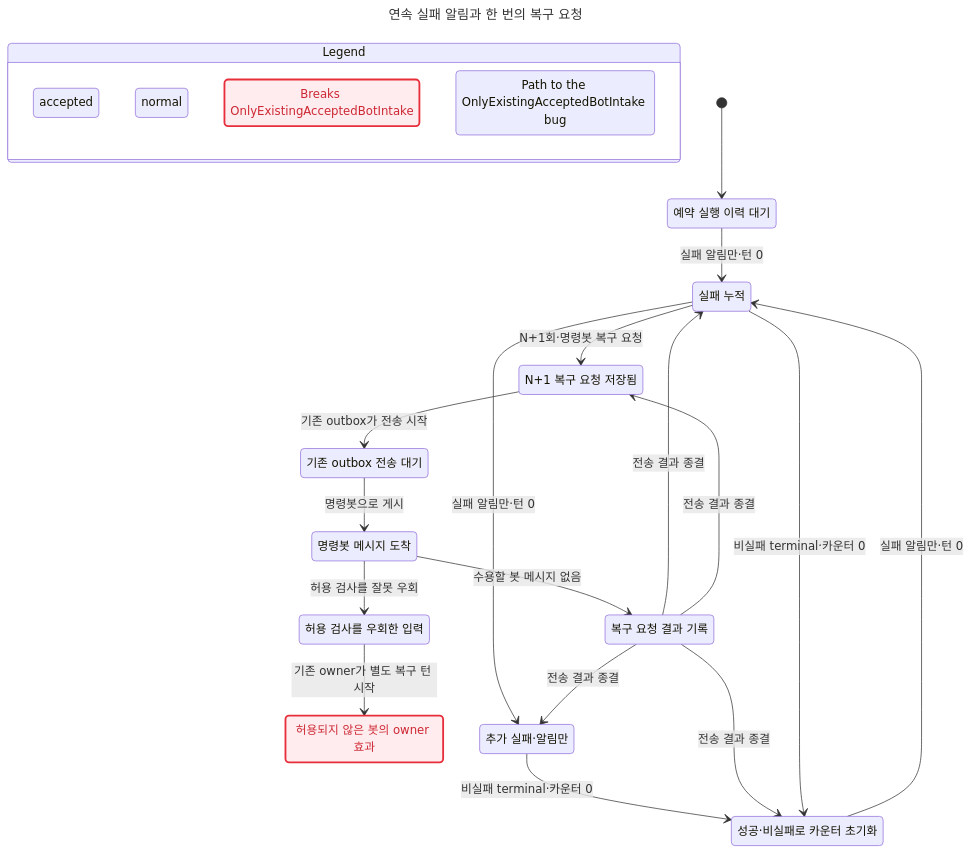
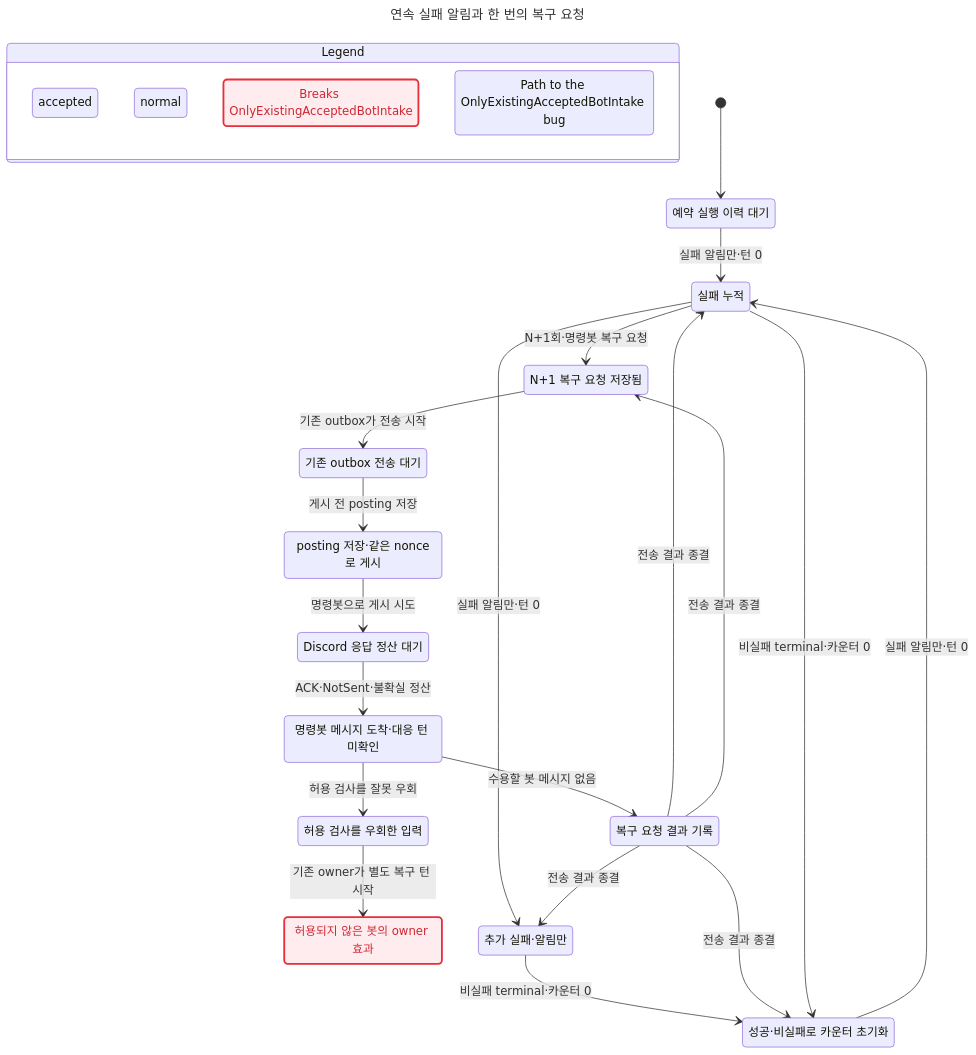
The diagram in docs/statecharts/routine-run/routine-failure-escalation-intake-gate.chart.mmd (itismyfield/AgentDesk), drawn with Mermaid before and after one commit. The commit also changed 49 other files, not shown here.

First line of the commit message:
feat(routines): #8117 PR2b H2 — 실패 사건 행 전송 계층(posting·ACK·unknown 보존)

```diff
--- a/docs/statecharts/routine-run/routine-failure-escalation-intake-gate.chart.mmd
+++ b/docs/statecharts/routine-run/routine-failure-escalation-intake-gate.chart.mmd
@@ -1,58 +1,66 @@
 ---
 title: "연속 실패 알림과 한 번의 복구 요청"
 ---
 stateDiagram-v2
   state "Legend" as legend {
     lg0: accepted
     lg1: normal
     lg2: Breaks OnlyExistingAcceptedBotIntake
     lg3: Path to the OnlyExistingAcceptedBotIntake bug
   }
   class lg0 teal
   class lg1 blue
   class lg2 breaks
   class lg3 bugPath
   s0: 예약 실행 이력 대기
   s1: 실패 누적
   s2: N+1 복구 요청 저장됨
   s3: 기존 outbox 전송 대기
-  s4: 명령봇 메시지 도착
-  s5: 허용 검사를 우회한 입력
-  s6: 복구 요청 결과 기록
-  s7: 허용되지 않은 봇의 owner 효과
-  s8: 추가 실패#183;알림만
-  s9: 성공#183;비실패로 카운터 초기화
+  s4: posting 저장#183;같은 nonce로 게시
+  s5: Discord 응답 정산 대기
+  s6: 명령봇 메시지 도착#183;대응 턴 미확인
+  s7: 허용 검사를 우회한 입력
+  s8: 복구 요청 결과 기록
+  s9: 허용되지 않은 봇의 owner 효과
+  s10: 추가 실패#183;알림만
+  s11: 성공#183;비실패로 카운터 초기화
   [*] --> s0
   s0 --> s1: 실패 알림만#183;턴 0
   s1 --> s2: N+1회#183;명령봇 복구 요청
   s2 --> s3: 기존 outbox가 전송 시작
-  s3 --> s4: 명령봇으로 게시
-  s4 --> s5: 허용 검사를 잘못 우회
-  s4 --> s6: 수용할 봇 메시지 없음
-  s5 --> s7: 기존 owner가 별도 복구 턴 시작
-  s6 --> s1: 전송 결과 종결
-  s1 --> s8: 실패 알림만#183;턴 0
-  s6 --> s8: 전송 결과 종결
-  s8 --> s9: 비실패 terminal#183;카운터 0
-  s6 --> s9: 전송 결과 종결
-  s9 --> s1: 실패 알림만#183;턴 0
-  s6 --> s2: 전송 결과 종결
-  s1 --> s9: 비실패 terminal#183;카운터 0
+  s3 --> s4: 게시 전 posting 저장
+  s4 --> s5: 명령봇으로 게시 시도
+  s5 --> s6: ACK#183;NotSent#183;불확실 정산
+  s6 --> s7: 허용 검사를 잘못 우회
+  s6 --> s8: 수용할 봇 메시지 없음
+  s7 --> s9: 기존 owner가 별도 복구 턴 시작
+  s8 --> s1: 전송 결과 종결
+  s1 --> s10: 실패 알림만#183;턴 0
+  s8 --> s10: 전송 결과 종결
+  s10 --> s11: 비실패 terminal#183;카운터 0
+  s8 --> s11: 전송 결과 종결
+  s11 --> s1: 실패 알림만#183;턴 0
+  s8 --> s2: 전송 결과 종결
+  s1 --> s11: 비실패 terminal#183;카운터 0
   classDef breaks fill:#ffecee,stroke:#e72e3b,stroke-width:2.5px,color:#cd2834
   class s0 blue
   class s0 bugPath
   class s1 blue
   class s1 bugPath
   class s2 blue
   class s2 bugPath
   class s3 blue
   class s3 bugPath
   class s4 blue
   class s4 bugPath
-  class s5 teal
+  class s5 blue
   class s5 bugPath
   class s6 blue
-  class s7 breaks
+  class s6 bugPath
+  class s7 teal
   class s7 bugPath
   class s8 blue
-  class s9 blue
+  class s9 breaks
+  class s9 bugPath
+  class s10 blue
+  class s11 blue
```
